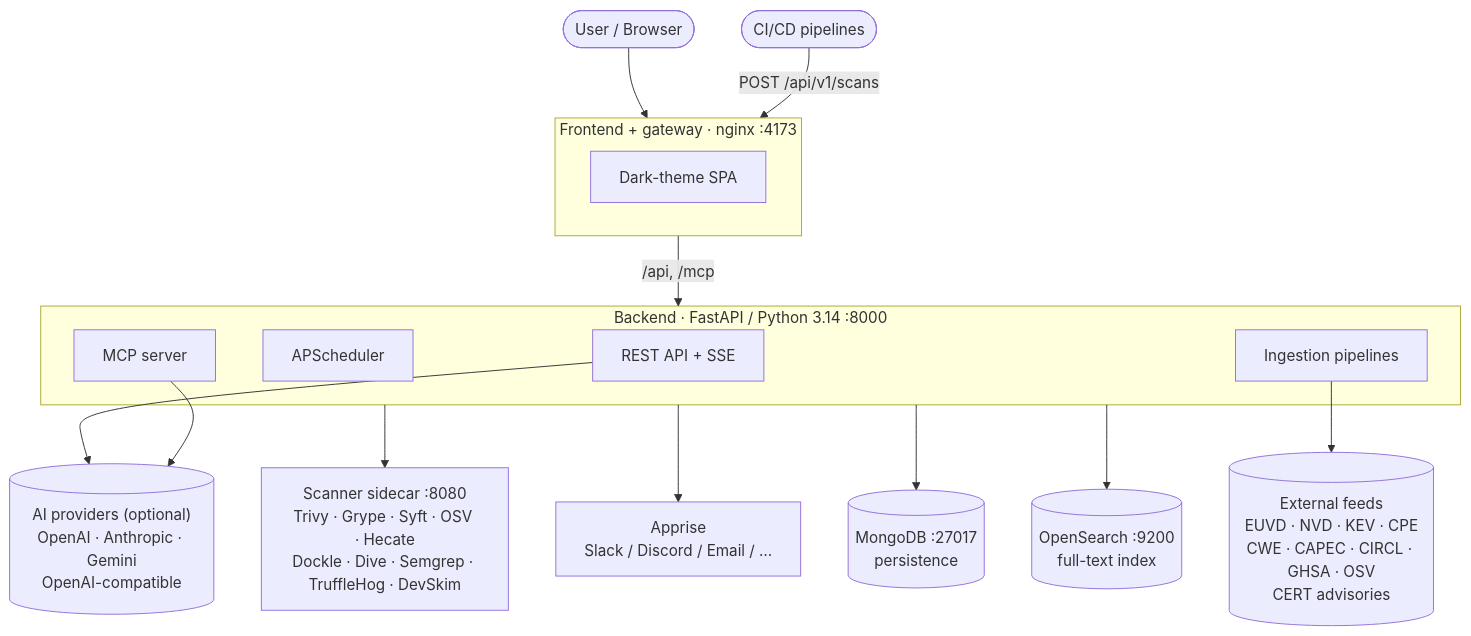
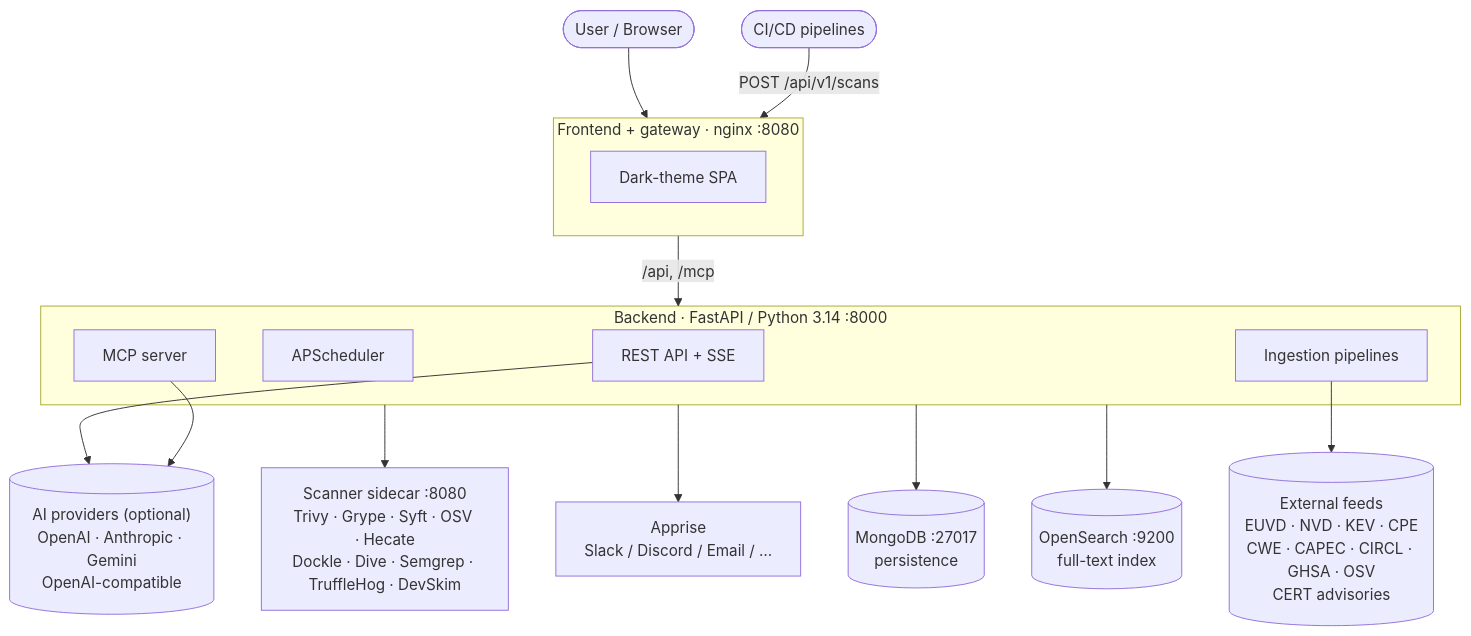
One commit to 0x3e4/hecate changed the diagram in README.md. Above: the diagram before and after it, drawn with Mermaid. The commit also changed other lines of this file and 20 other files, not shown here.

````diff
--- a/README.md
+++ b/README.md
@@ -141,36 +141,36 @@
 ```mermaid
 flowchart TB
     User([User / Browser])
     CICD([CI/CD pipelines])
 
-    subgraph Frontend["Frontend + gateway · nginx :4173"]
+    subgraph Frontend["Frontend + gateway · nginx :8080"]
         SPA[Dark-theme SPA]
     end
 
     subgraph Backend["Backend · FastAPI / Python 3.14 :8000"]
         API[REST API + SSE]
         Scheduler[APScheduler]
         Pipelines[Ingestion pipelines]
         MCP[MCP server]
     end
 
     Scanner["Scanner sidecar :8080<br/>Trivy · Grype · Syft · OSV · Hecate<br/>Dockle · Dive · Semgrep · TruffleHog · DevSkim"]
     Apprise["Apprise<br/>Slack / Discord / Email / …"]
 
     Mongo[("MongoDB :27017<br/>persistence")]
     OS[("OpenSearch :9200<br/>full-text index")]
 
     Feeds[("External feeds<br/>EUVD · NVD · KEV · CPE<br/>CWE · CAPEC · CIRCL · GHSA · OSV<br/>CERT advisories")]
     AI[("AI providers (optional)<br/>OpenAI · Anthropic · Gemini<br/>OpenAI-compatible")]
 
     User --> Frontend
     CICD -->|POST /api/v1/scans| Frontend
     Frontend -->|/api, /mcp| Backend
     Backend --> Scanner
     Backend --> Apprise
     Backend --> Mongo
     Backend --> OS
     Pipelines --> Feeds
     API --> AI
     MCP --> AI
 ```
````
